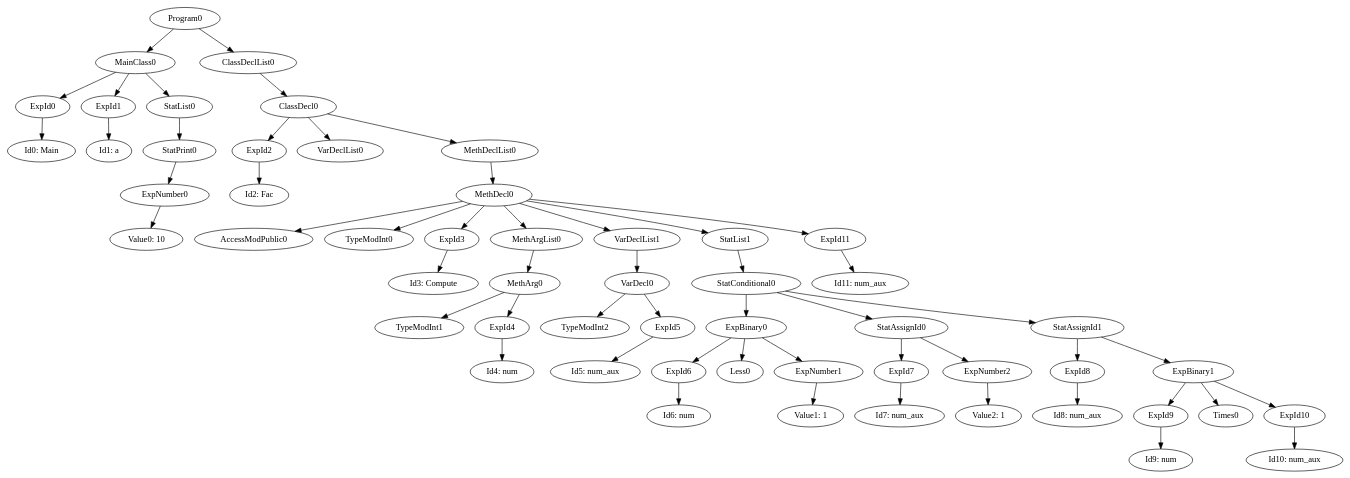
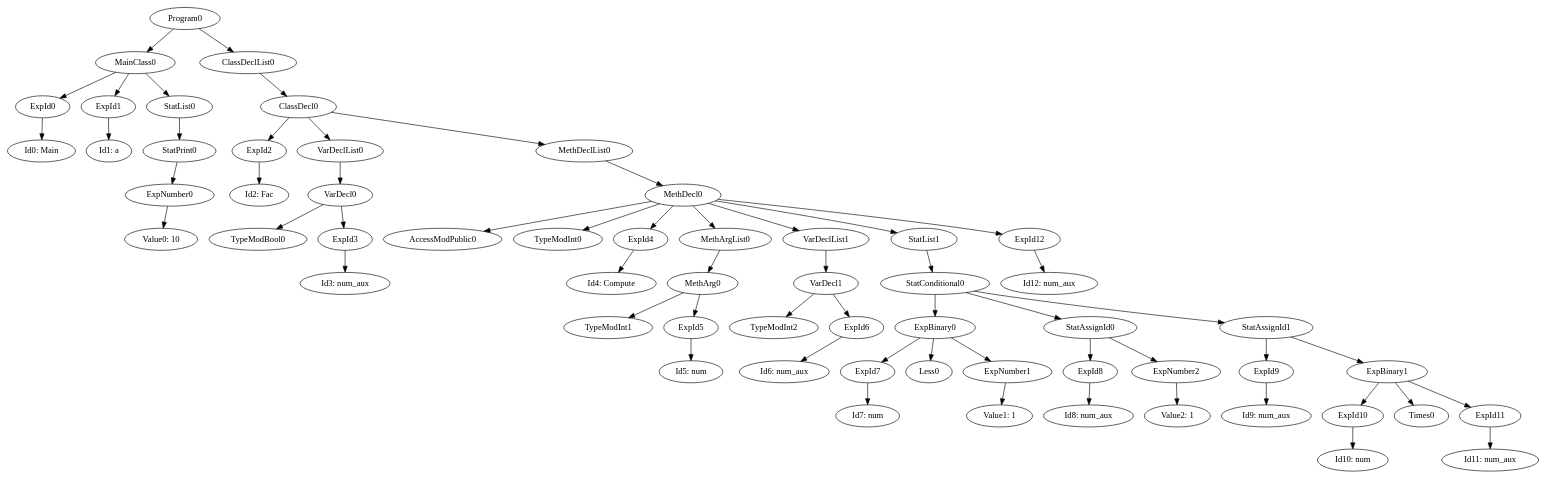
Before and after one commit to team-compilers/compilers: the diagram in MiniJava/results/SamplesCorrect/Simple/ast.gv, drawn with Graphviz. The commit also changed 8 other files, not shown here.

```diff
--- a/MiniJava/results/SamplesCorrect/Simple/ast.gv
+++ b/MiniJava/results/SamplesCorrect/Simple/ast.gv
@@ -1,57 +1,61 @@
 digraph {
 	ordering = out;
 	MethDeclList0 -> MethDecl0;
+	ExpId12 -> "Id12: num_aux";
 	StatList1 -> StatConditional0;
-	ExpId9 -> "Id9: num";
-	StatAssignId1 -> ExpId8;
+	StatAssignId1 -> ExpId9;
 	StatAssignId1 -> ExpBinary1;
+	ExpId9 -> "Id9: num_aux";
 	ExpNumber2 -> "Value2: 1";
-	StatAssignId0 -> ExpId7;
+	StatAssignId0 -> ExpId8;
 	StatAssignId0 -> ExpNumber2;
+	ExpBinary1 -> ExpId10;
+	ExpBinary1 -> Times0;
+	ExpBinary1 -> ExpId11;
+	StatConditional0 -> ExpBinary0;
+	StatConditional0 -> StatAssignId0;
+	StatConditional0 -> StatAssignId1;
+	ExpNumber1 -> "Value1: 1";
+	ExpId10 -> "Id10: num";
+	StatPrint0 -> ExpNumber0;
 	ExpId8 -> "Id8: num_aux";
 	ExpId2 -> "Id2: Fac";
+	VarDecl1 -> TypeModInt2;
+	VarDecl1 -> ExpId6;
+	ExpId11 -> "Id11: num_aux";
+	VarDeclList1 -> VarDecl1;
+	Program0 -> MainClass0;
+	Program0 -> ClassDeclList0;
 	ClassDecl0 -> ExpId2;
 	ClassDecl0 -> VarDeclList0;
 	ClassDecl0 -> MethDeclList0;
 	StatList0 -> StatPrint0;
-	ExpId10 -> "Id10: num_aux";
-	StatPrint0 -> ExpNumber0;
-	ExpId11 -> "Id11: num_aux";
-	Program0 -> MainClass0;
-	Program0 -> ClassDeclList0;
-	VarDeclList1 -> VarDecl0;
 	MainClass0 -> ExpId0;
 	MainClass0 -> ExpId1;
 	MainClass0 -> StatList0;
+	ExpId0 -> "Id0: Main";
+	ExpId1 -> "Id1: a";
+	VarDeclList0 -> VarDecl0;
+	ExpNumber0 -> "Value0: 10";
+	VarDecl0 -> TypeModBool0;
+	VarDecl0 -> ExpId3;
+	ExpId7 -> "Id7: num";
 	MethDecl0 -> AccessModPublic0;
 	MethDecl0 -> TypeModInt0;
-	MethDecl0 -> ExpId3;
+	MethDecl0 -> ExpId4;
 	MethDecl0 -> MethArgList0;
 	MethDecl0 -> VarDeclList1;
 	MethDecl0 -> StatList1;
-	MethDecl0 -> ExpId11;
-	ExpId0 -> "Id0: Main";
-	ExpId1 -> "Id1: a";
-	ExpNumber1 -> "Value1: 1";
-	ExpNumber0 -> "Value0: 10";
-	VarDecl0 -> TypeModInt2;
-	VarDecl0 -> ExpId5;
-	ExpId7 -> "Id7: num_aux";
+	MethDecl0 -> ExpId12;
+	ExpId3 -> "Id3: num_aux";
+	ExpId4 -> "Id4: Compute";
 	MethArg0 -> TypeModInt1;
-	MethArg0 -> ExpId4;
+	MethArg0 -> ExpId5;
 	MethArgList0 -> MethArg0;
-	ExpId3 -> "Id3: Compute";
-	ExpId4 -> "Id4: num";
-	ExpId5 -> "Id5: num_aux";
-	ExpId6 -> "Id6: num";
+	ExpId5 -> "Id5: num";
+	ExpId6 -> "Id6: num_aux";
 	ClassDeclList0 -> ClassDecl0;
-	ExpBinary0 -> ExpId6;
+	ExpBinary0 -> ExpId7;
 	ExpBinary0 -> Less0;
 	ExpBinary0 -> ExpNumber1;
-	ExpBinary1 -> ExpId9;
-	ExpBinary1 -> Times0;
-	ExpBinary1 -> ExpId10;
-	StatConditional0 -> ExpBinary0;
-	StatConditional0 -> StatAssignId0;
-	StatConditional0 -> StatAssignId1;
 }
```
